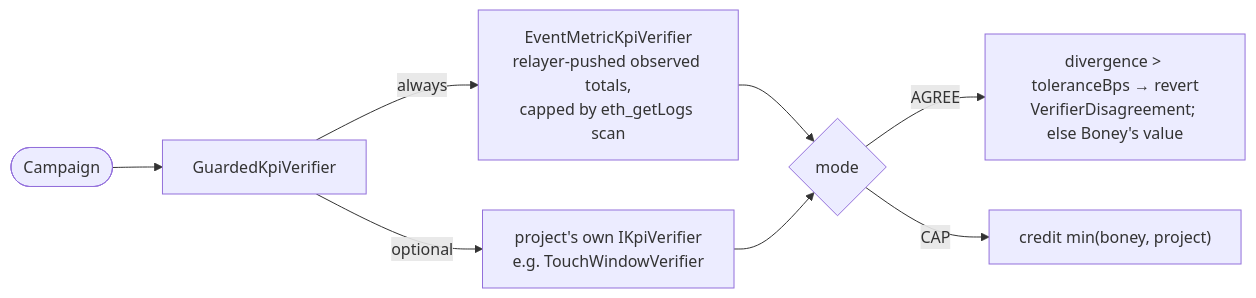
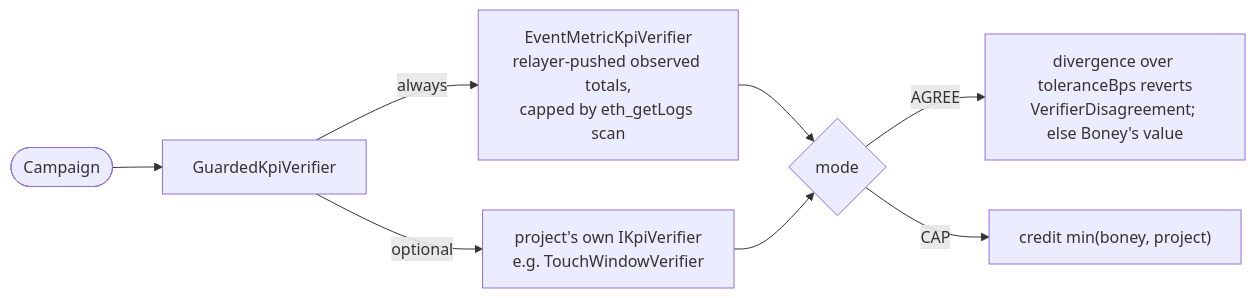
One commit to 0xebby/boney changed the sixth of 7 diagrams in FLOW.md. Above: the diagram before and after it, drawn with Mermaid. The commit also changed other lines of this file, not shown here.

First line of the commit message:
FLOW.md: make the Mermaid render on GitHub

````diff
--- a/FLOW.md
+++ b/FLOW.md
@@ -215,10 +258,10 @@
 ```mermaid
 flowchart LR
     C([Campaign]) --> G[GuardedKpiVerifier]
     G -->|always| B["EventMetricKpiVerifier<br/>relayer-pushed observed totals,<br/>capped by eth_getLogs scan"]
     G -->|optional| PV["project's own IKpiVerifier<br/>e.g. TouchWindowVerifier"]
-    B --> CMP{mode}
+    B --> CMP{"mode"}
     PV --> CMP
-    CMP -->|AGREE| AG["divergence &gt; toleranceBps → revert<br/>VerifierDisagreement; else Boney's value"]
+    CMP -->|AGREE| AG["divergence over toleranceBps reverts<br/>VerifierDisagreement; else Boney's value"]
     CMP -->|CAP| CP["credit min(boney, project)"]
 ```
````
